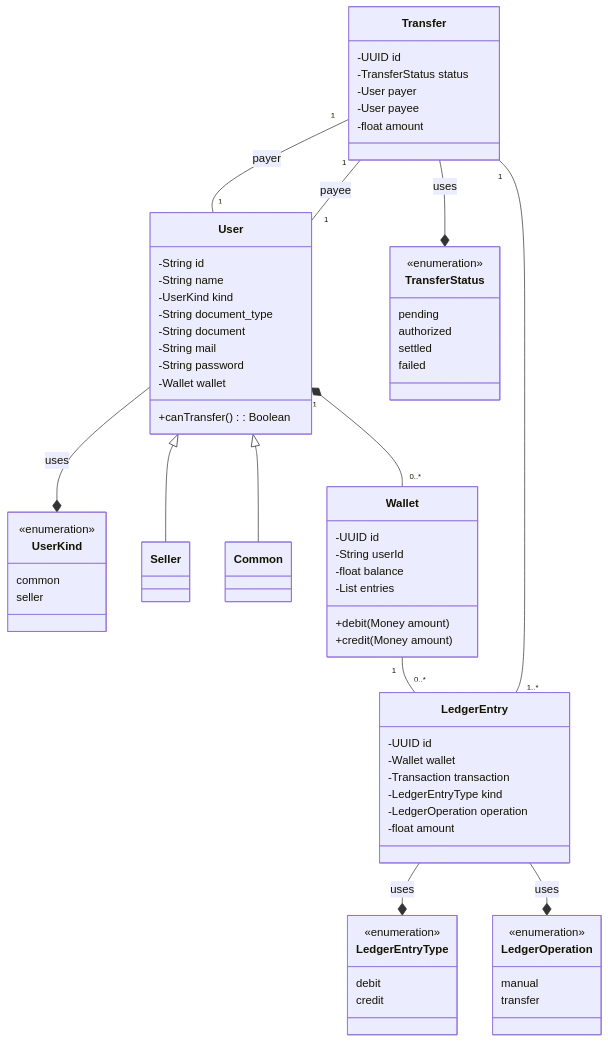
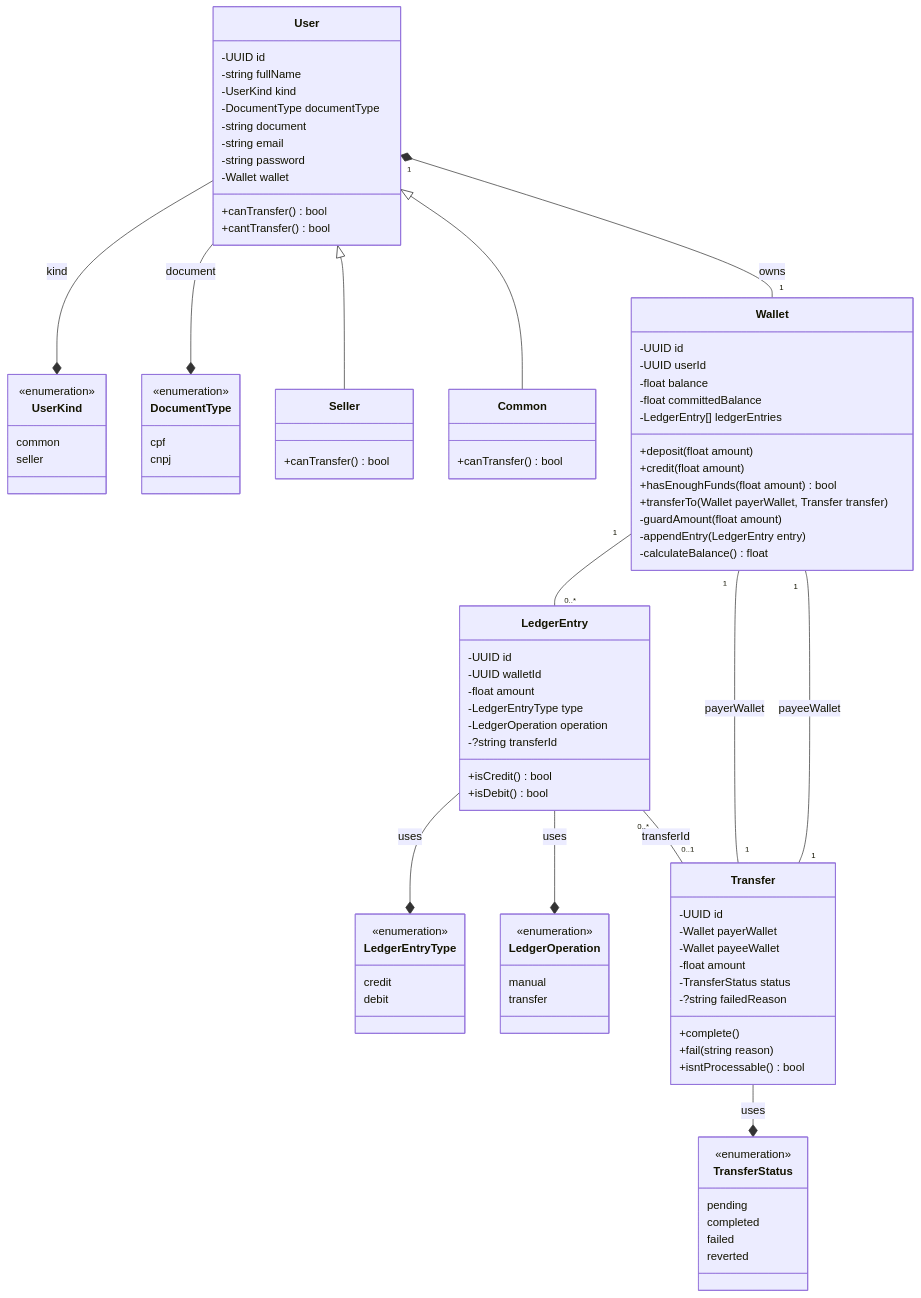
The diagram in docs/class_diagram.mmd (zabini/simple-payment), drawn with Mermaid before and after one commit. The commit also changed 2 other files, not shown here.

Commit message:
Rewrite README and refresh class diagram docs

```diff
--- a/docs/class_diagram.mmd
+++ b/docs/class_diagram.mmd
@@ -1,89 +1,110 @@
 ---
 config:
   layout: dagre
 ---
 classDiagram
     direction TB
+
     class UserKind {
         common
         seller
     }
     <<enumeration>> UserKind
 
-    class Seller {
+    class DocumentType {
+        cpf
+        cnpj
     }
-
-    class Common {
-    }
-
-    class User {
-        -String id
-        -String name
-        -UserKind kind
-        -String document_type
-        -String document
-        -String mail
-        -String password
-        -Wallet wallet
-        +canTransfer() : Boolean
-    }
+    <<enumeration>> DocumentType
 
     class LedgerEntryType {
+        credit
         debit
-        credit
     }
     <<enumeration>> LedgerEntryType
 
     class LedgerOperation {
-      manual
-      transfer
+        manual
+        transfer
     }
     <<enumeration>> LedgerOperation
 
-    class LedgerEntry {
+    class TransferStatus {
+        pending
+        completed
+        failed
+        reverted
+    }
+    <<enumeration>> TransferStatus
+
+    class User {
         -UUID id
+        -string fullName
+        -UserKind kind
+        -DocumentType documentType
+        -string document
+        -string email
+        -string password
         -Wallet wallet
-        -Transaction transaction
-        -LedgerEntryType kind
-      -LedgerOperation operation
-        -float amount
+        +canTransfer() bool
+        +cantTransfer() bool
+    }
+
+    class Seller {
+        +canTransfer() bool
+    }
+
+    class Common {
+        +canTransfer() bool
     }
 
     class Wallet {
         -UUID id
-        -String userId
+        -UUID userId
         -float balance
-        -List entries
-        +debit(Money amount)
-        +credit(Money amount)
+        -float committedBalance
+        -LedgerEntry[] ledgerEntries
+        +deposit(float amount)
+        +credit(float amount)
+        +hasEnoughFunds(float amount) bool
+        +transferTo(Wallet payerWallet, Transfer transfer)
+        -guardAmount(float amount)
+        -appendEntry(LedgerEntry entry)
+        -calculateBalance() float
     }
 
-    class TransferStatus {
-        pending
-        authorized
-        settled
-        failed
+    class LedgerEntry {
+        -UUID id
+        -UUID walletId
+        -float amount
+        -LedgerEntryType type
+        -LedgerOperation operation
+        -?string transferId
+        +isCredit() bool
+        +isDebit() bool
     }
-    <<enumeration>> TransferStatus
 
     class Transfer {
         -UUID id
+        -Wallet payerWallet
+        -Wallet payeeWallet
+        -float amount
         -TransferStatus status
-        -User payer
-        -User payee
-        -float amount
+        -?string failedReason
+        +complete()
+        +fail(string reason)
+        +isntProcessable() bool
     }
-
-    <<enumeration>> TransferStatus
 
     User <|-- Seller
     User <|-- Common
-    User --* UserKind : uses
+    User "1" *-- "1" Wallet : owns
+    User --* UserKind : kind
+    User --* DocumentType : document
     LedgerEntry --* LedgerEntryType : uses
     LedgerEntry --* LedgerOperation : uses
+    LedgerEntry "0..*" -- "0..1" Transfer : transferId
     Transfer --* TransferStatus : uses
-    User "1" *-- "0..*" Wallet
     Wallet "1" -- "0..*" LedgerEntry
-    Transfer "1" -- "1..*" LedgerEntry
-    Transfer "1" -- "1" User : payer
-    Transfer "1" -- "1" User : payee
+    Transfer "1" -- "1" Wallet : payerWallet
+    Transfer "1" -- "1" Wallet : payeeWallet
```
